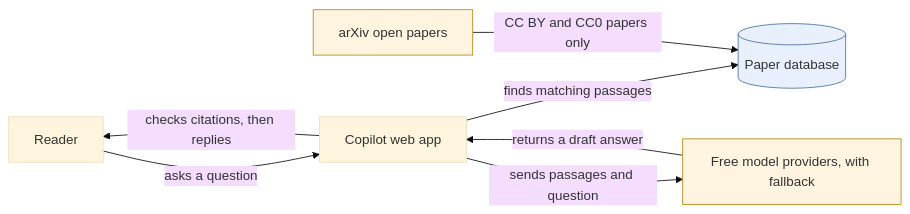
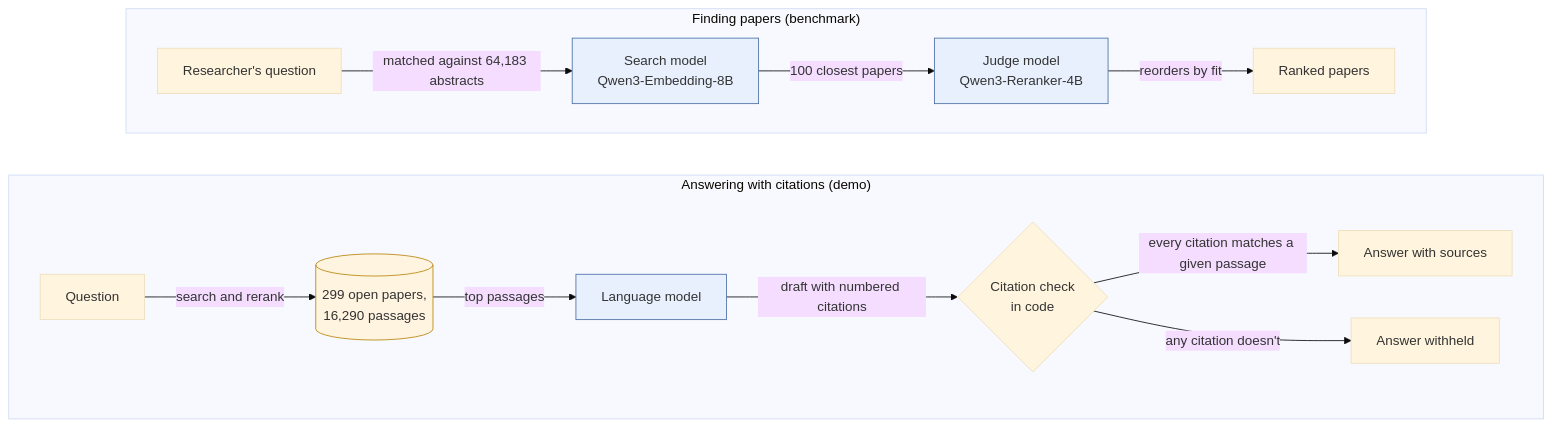
Before and after one commit to pokhriyal-anmol/research-copilot: the diagram in README.md, drawn with Mermaid (base theme). The commit also changed other lines of this file, not shown here.

````diff
--- a/README.md
+++ b/README.md
@@ -7,13 +16,22 @@
 ```mermaid
-flowchart LR
-  user[Reader] -->|asks a question| api[Copilot web app]
-  api -->|finds matching passages| db[(Paper database)]
-  api -->|sends passages and question| llm[Free model providers, with fallback]
-  llm -->|returns a draft answer| api
-  api -->|checks citations, then replies| user
-  arxiv[arXiv open papers] -->|CC BY and CC0 papers only| db
-  classDef store fill:#e8f0fe,stroke:#4a6fa5
-  classDef external fill:#fff4e0,stroke:#b8860b
-  class db store
-  class llm,arxiv external
+flowchart TB
+  subgraph find["Finding papers (benchmark)"]
+    direction LR
+    q[Researcher's question] -->|matched against 64,183 abstracts| embed[Search model<br/>Qwen3-Embedding-8B]
+    embed -->|100 closest papers| judge[Judge model<br/>Qwen3-Reranker-4B]
+    judge -->|reorders by fit| ranked[Ranked papers]
+  end
+  subgraph answer["Answering with citations (demo)"]
+    direction LR
+    ask[Question] -->|search and rerank| passages[(299 open papers,<br/>16,290 passages)]
+    passages -->|top passages| llm[Language model]
+    llm -->|draft with numbered citations| check{Citation check<br/>in code}
+    check -->|every citation matches a given passage| reply[Answer with sources]
+    check -->|any citation doesn't| withheld[Answer withheld]
+  end
+  find ~~~ answer
+  classDef model fill:#e8f0fe,stroke:#4a6fa5
+  classDef store fill:#fff4e0,stroke:#b8860b
+  class embed,judge,llm model
+  class passages store
 ```
````
